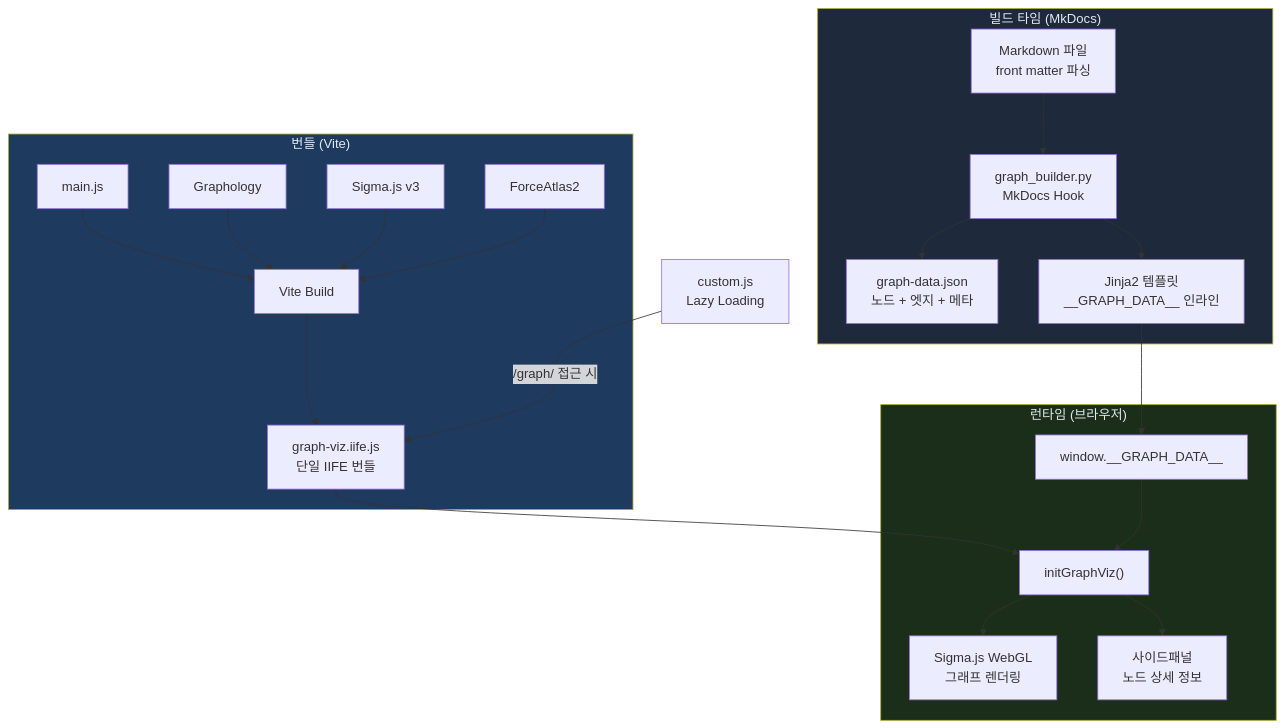
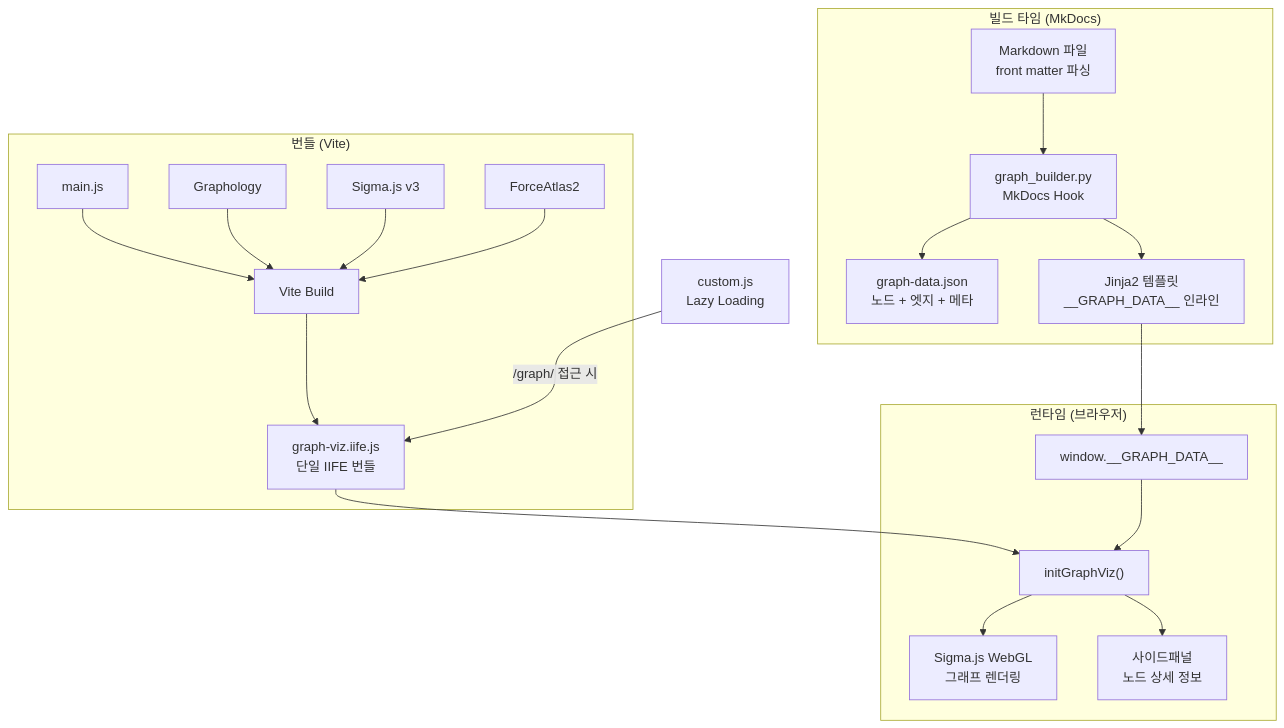
One commit to SonAIengine/sonblog changed the first of 2 diagrams in docs/full-stack/poc/knowledge-graph.md. Above: the diagram before and after it, drawn with Mermaid. The commit also changed 1 other file, not shown here.

Commit message:
fix: Mermaid 다이어그램 가독성 개선 — 서브그래프 배경색 제거, 플랫 구조로 변경

````diff
--- a/docs/full-stack/poc/knowledge-graph.md
+++ b/docs/full-stack/poc/knowledge-graph.md
@@ -35,30 +35,27 @@
 ```mermaid
 flowchart TB
     subgraph Build["빌드 타임 (MkDocs)"]
         MD["Markdown 파일<br/>front matter 파싱"] --> GB["graph_builder.py<br/>MkDocs Hook"]
         GB --> JSON["graph-data.json<br/>노드 + 엣지 + 메타"]
         GB --> JINJA["Jinja2 템플릿<br/>__GRAPH_DATA__ 인라인"]
     end
 
     subgraph Bundle["번들 (Vite)"]
         SRC["main.js"] --> VITE["Vite Build"]
         GRAPHO["Graphology"] --> VITE
         SIGMA["Sigma.js v3"] --> VITE
         FA2["ForceAtlas2"] --> VITE
         VITE --> IIFE["graph-viz.iife.js<br/>단일 IIFE 번들"]
     end
 
     subgraph Runtime["런타임 (브라우저)"]
         JINJA --> DATA["window.__GRAPH_DATA__"]
         IIFE --> INIT["initGraphViz()"]
         DATA --> INIT
         INIT --> WEBGL["Sigma.js WebGL<br/>그래프 렌더링"]
         INIT --> PANEL["사이드패널<br/>노드 상세 정보"]
     end
 
     LAZY["custom.js<br/>Lazy Loading"] -->|"/graph/ 접근 시"| IIFE
 
-    style Build fill:#1e293b,color:#e2e8f0
-    style Bundle fill:#1e3a5f,color:#e2e8f0
-    style Runtime fill:#1a2e1a,color:#e2e8f0
 ```
````
